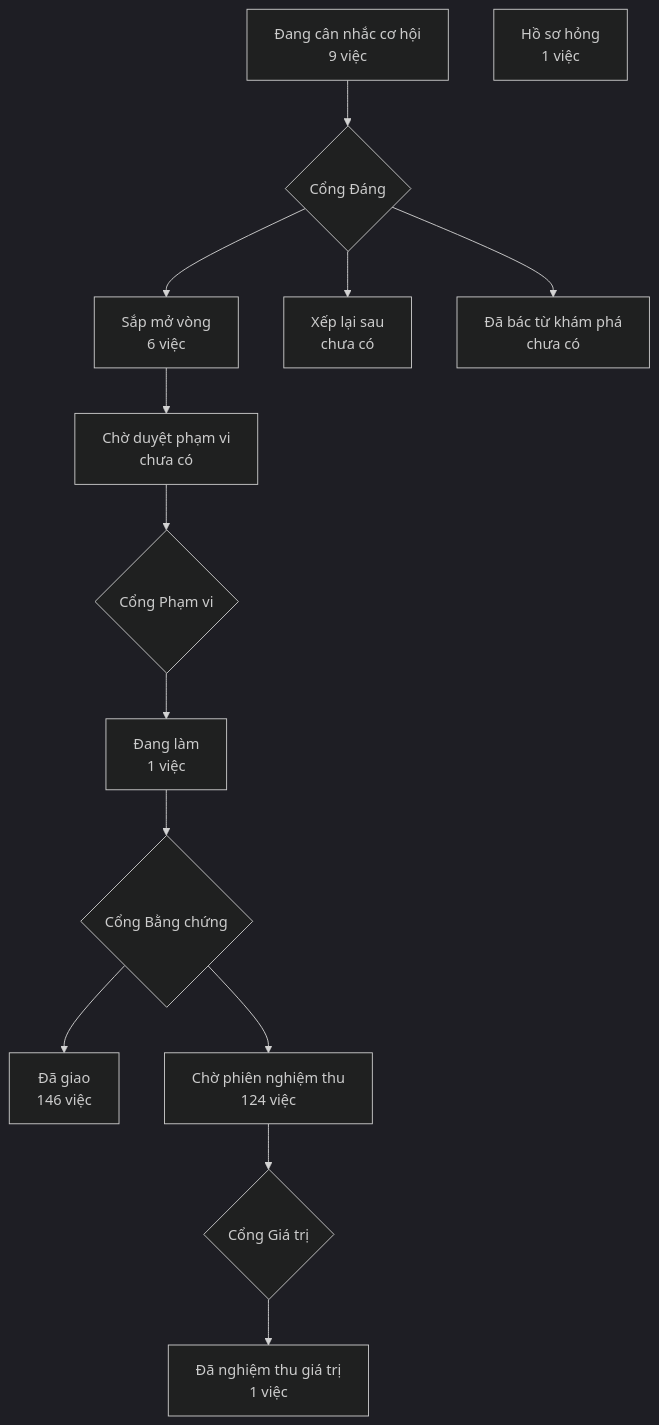
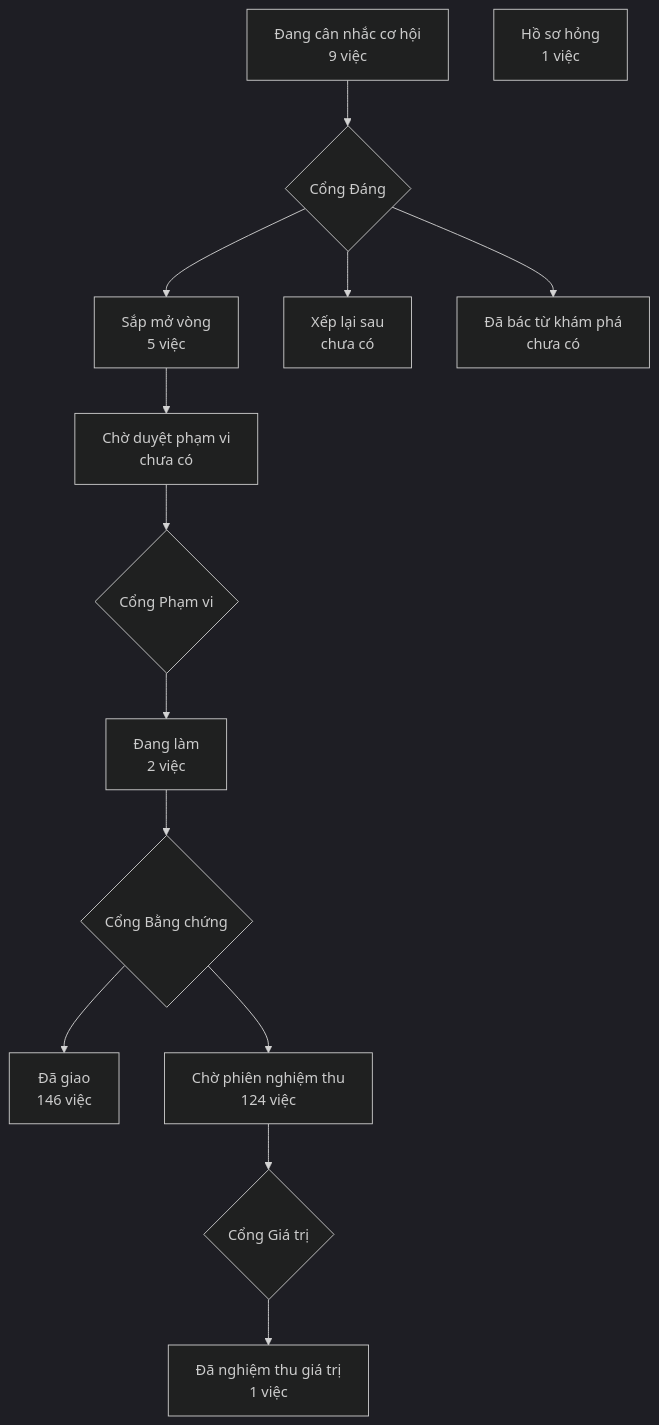
One commit to phanlemanh/crm-onehub changed the diagram in PRODUCT-MAP.md. Above: the diagram before and after it, drawn with Mermaid (dark theme). The commit also changed 3 other files, not shown here.

````diff
--- a/PRODUCT-MAP.md
+++ b/PRODUCT-MAP.md
@@ -7,13 +7,13 @@
 ```mermaid
 flowchart TD
   A["Đang cân nhắc cơ hội<br/>9 việc"] --> GD{"Cổng Đáng"}
-  GD --> B["Sắp mở vòng<br/>6 việc"]
+  GD --> B["Sắp mở vòng<br/>5 việc"]
   GD --> XL["Xếp lại sau<br/>chưa có"]
   GD --> DB["Đã bác từ khám phá<br/>chưa có"]
   B --> CD["Chờ duyệt phạm vi<br/>chưa có"] --> GP{"Cổng Phạm vi"}
-  GP --> DL["Đang làm<br/>1 việc"] --> GB{"Cổng Bằng chứng"}
+  GP --> DL["Đang làm<br/>2 việc"] --> GB{"Cổng Bằng chứng"}
   GB --> DG["Đã giao<br/>146 việc"]
   GB --> CN["Chờ phiên nghiệm thu<br/>124 việc"] --> GG{"Cổng Giá trị"}
   GG --> NT["Đã nghiệm thu giá trị<br/>1 việc"]
   HS["Hồ sơ hỏng<br/>1 việc"]
 ```
````
